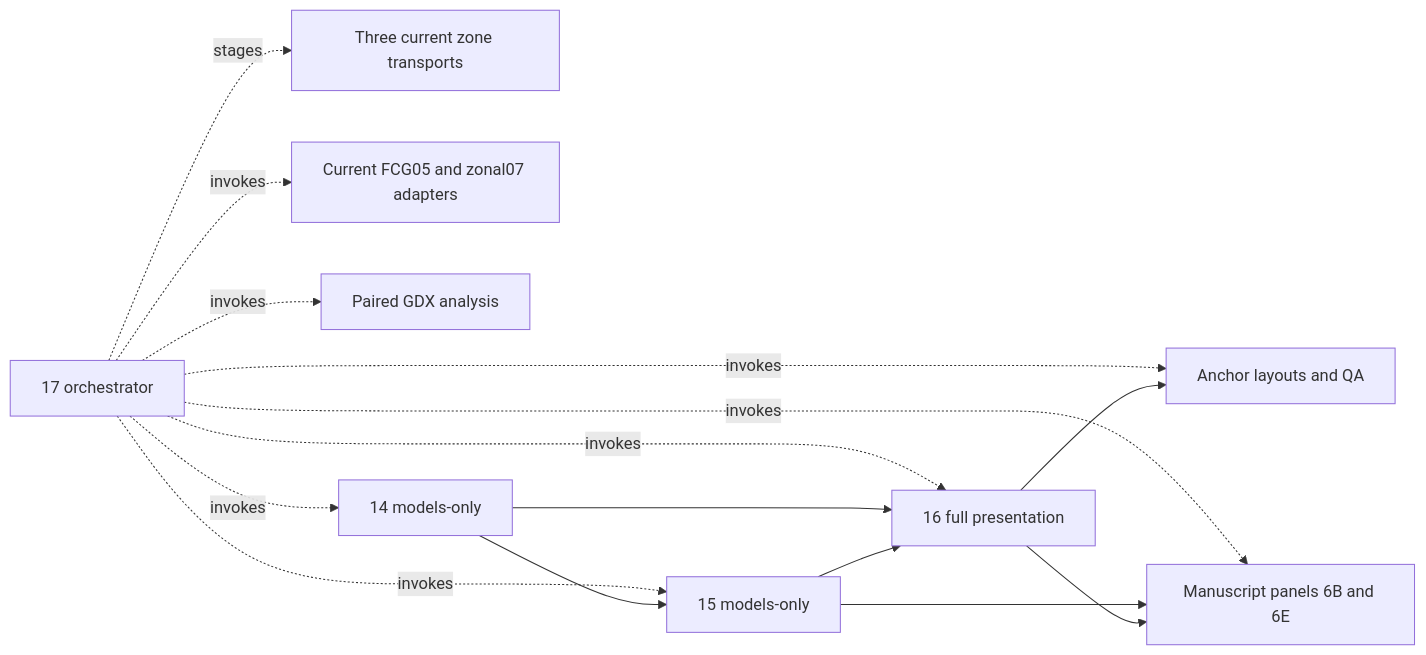
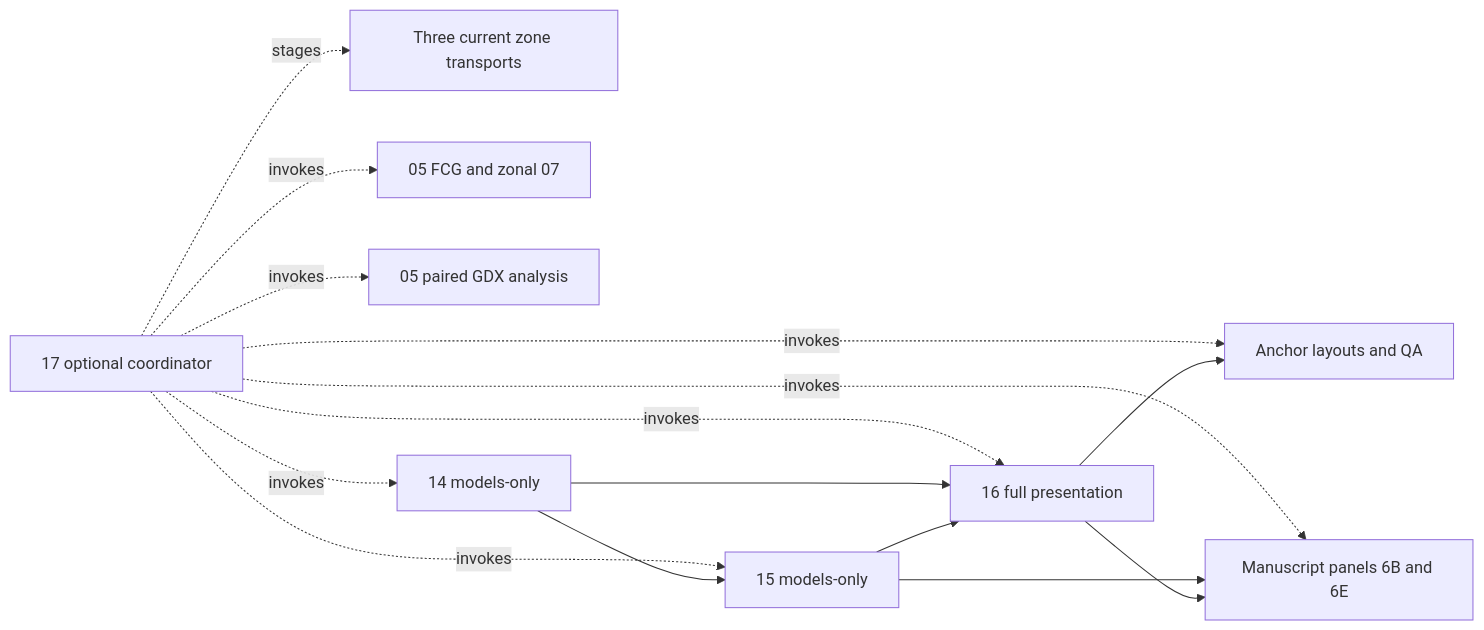
Before and after one commit to saezlab/gonads_snRNAseq_and_lipidomics_analysis_refactored: the second of 2 diagrams in PIPELINE.md, drawn with Mermaid. The commit also changed other lines of this file and 26 other files, not shown here.

````diff
--- a/PIPELINE.md
+++ b/PIPELINE.md
@@ -54,17 +54,17 @@
 ```mermaid
 flowchart LR
-  W17[17 orchestrator] -. stages .-> S[Three current zone transports]
-  W17 -. invokes .-> F[Current FCG05 and zonal07 adapters]
-  W17 -. invokes .-> G[Paired GDX analysis]
+  W17[17 optional coordinator] -. stages .-> S[Three current zone transports]
+  W17 -. invokes .-> F[05 FCG and zonal 07]
+  W17 -. invokes .-> G[05 paired GDX analysis]
   W17 -. invokes .-> D14[14 models-only]
   W17 -. invokes .-> D15[15 models-only]
   W17 -. invokes .-> D16[16 full presentation]
   W17 -. invokes .-> A[Anchor layouts and QA]
   W17 -. invokes .-> M[Manuscript panels 6B and 6E]
   D14 --> D15
   D14 --> D16
   D15 --> D16
   D16 --> A
   D15 --> M
   D16 --> M
 ```
````
